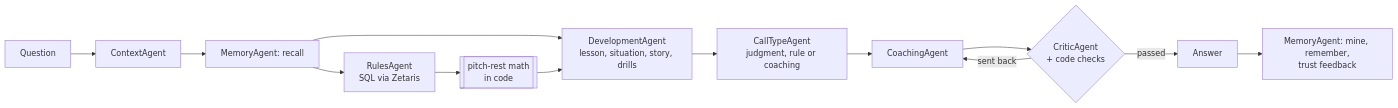
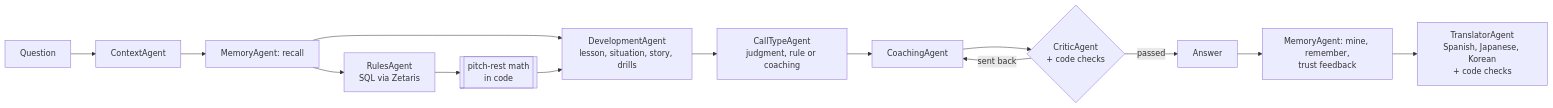
The diagram in README.md (seanrugg/diamondagentiq), drawn with Mermaid before and after one commit. The commit also changed other lines of this file and 10 other files, not shown here.

First line of the commit message:
Add a language picker, TranslatorAgent and read-aloud buttons

````diff
--- a/README.md
+++ b/README.md
@@ -129,14 +129,15 @@
 ```mermaid
 flowchart LR
   Q[Question] --> C[ContextAgent]
   C --> M1[MemoryAgent: recall]
   M1 --> R[RulesAgent<br/>SQL via Zetaris] --> PR[[pitch-rest math<br/>in code]]
   M1 --> D[DevelopmentAgent<br/>lesson, situation, story, drills]
   PR --> D
   D --> CT[CallTypeAgent<br/>judgment, rule or coaching]
   CT --> CO[CoachingAgent]
   CO --> CR{CriticAgent<br/>+ code checks}
   CR -- sent back --> CO
   CR -- passed --> A[Answer]
   A --> M2[MemoryAgent: mine, remember,<br/>trust feedback]
+  M2 --> TR[TranslatorAgent<br/>Spanish, Japanese, Korean<br/>+ code checks]
 ```
````
